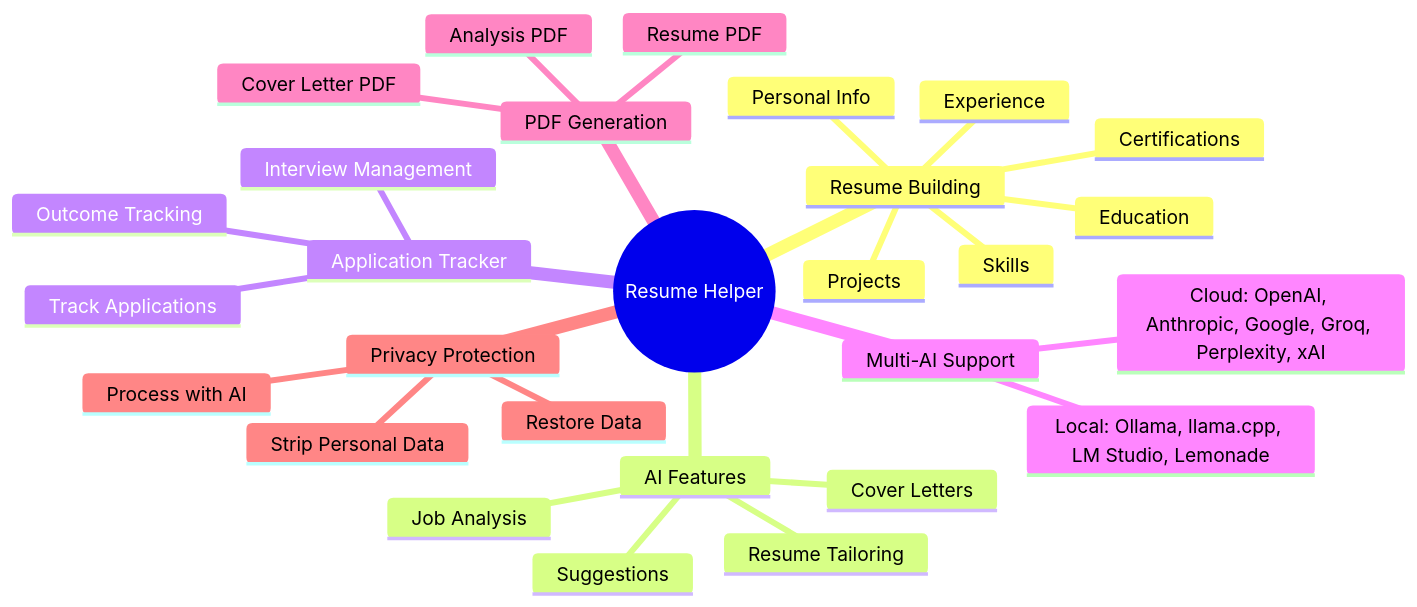
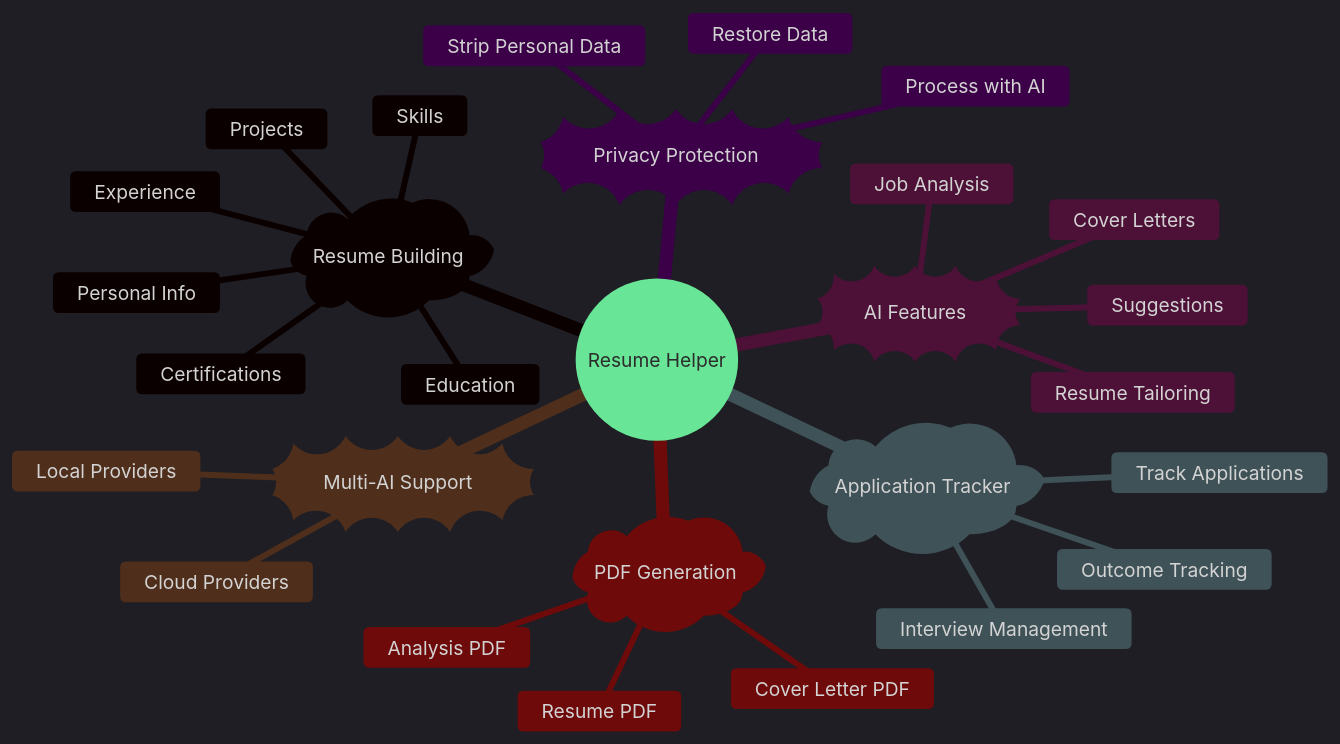
Before and after one commit to gibbenergy/Resume_Helper: the first of 2 diagrams in README.md, drawn with Mermaid.

Commit message:
Improve mindmap colors with dark theme

````diff
--- a/README.md
+++ b/README.md
@@ -30,31 +30,32 @@
 ```mermaid
+%%{init: {'theme': 'dark', 'themeVariables': { 'primaryColor': '#4a90d9', 'primaryTextColor': '#fff', 'primaryBorderColor': '#4a90d9', 'lineColor': '#6b7280', 'secondaryColor': '#22c55e', 'tertiaryColor': '#8b5cf6'}}}%%
 mindmap
   root((Resume Helper))
-    Resume Building
+    )Resume Building(
       Personal Info
       Education
       Experience
       Skills
       Projects
       Certifications
-    AI Features
+    ))AI Features((
       Job Analysis
       Resume Tailoring
       Cover Letters
       Suggestions
-    Application Tracker
+    )Application Tracker(
       Track Applications
       Interview Management
       Outcome Tracking
-    Multi-AI Support
-      Cloud: OpenAI, Anthropic, Google, Groq, Perplexity, xAI
-      Local: Ollama, llama.cpp, LM Studio, Lemonade
-    PDF Generation
+    ))Multi-AI Support((
+      Cloud Providers
+      Local Providers
+    )PDF Generation(
       Resume PDF
       Cover Letter PDF
       Analysis PDF
-    Privacy Protection
+    ))Privacy Protection((
       Strip Personal Data
       Process with AI
       Restore Data
 ```
````
